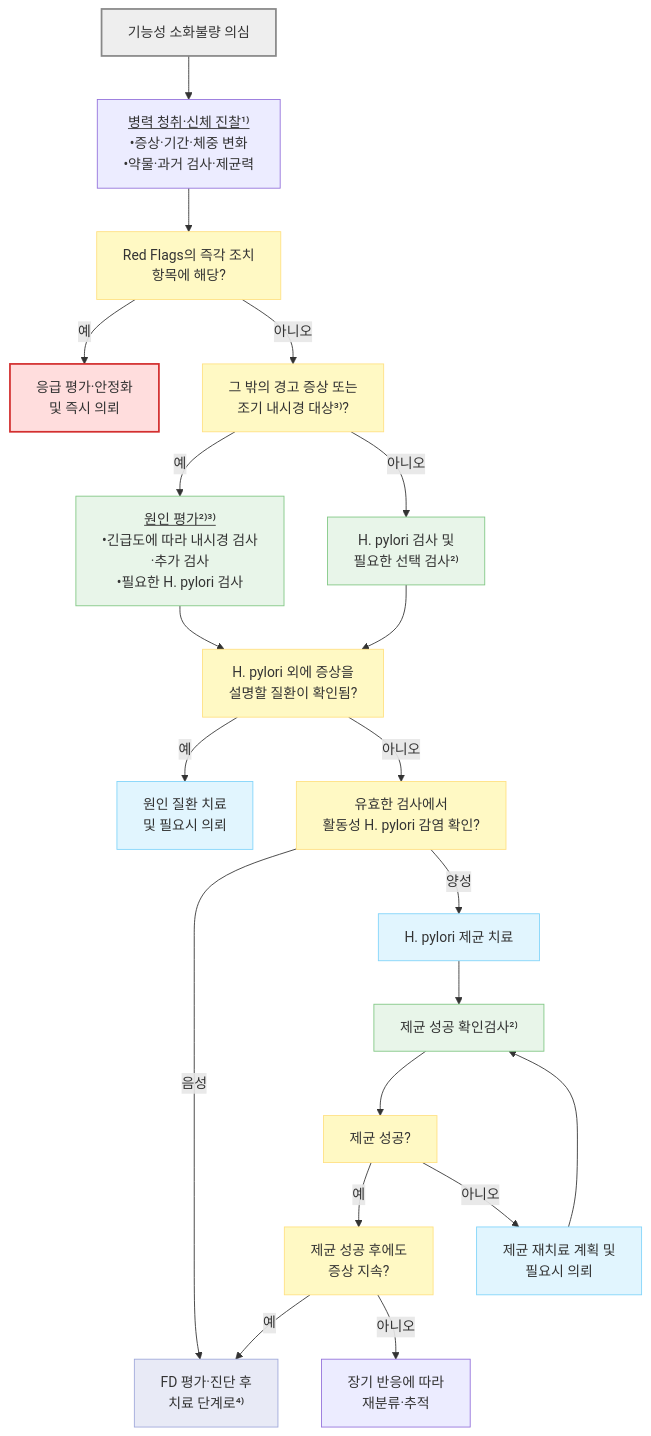
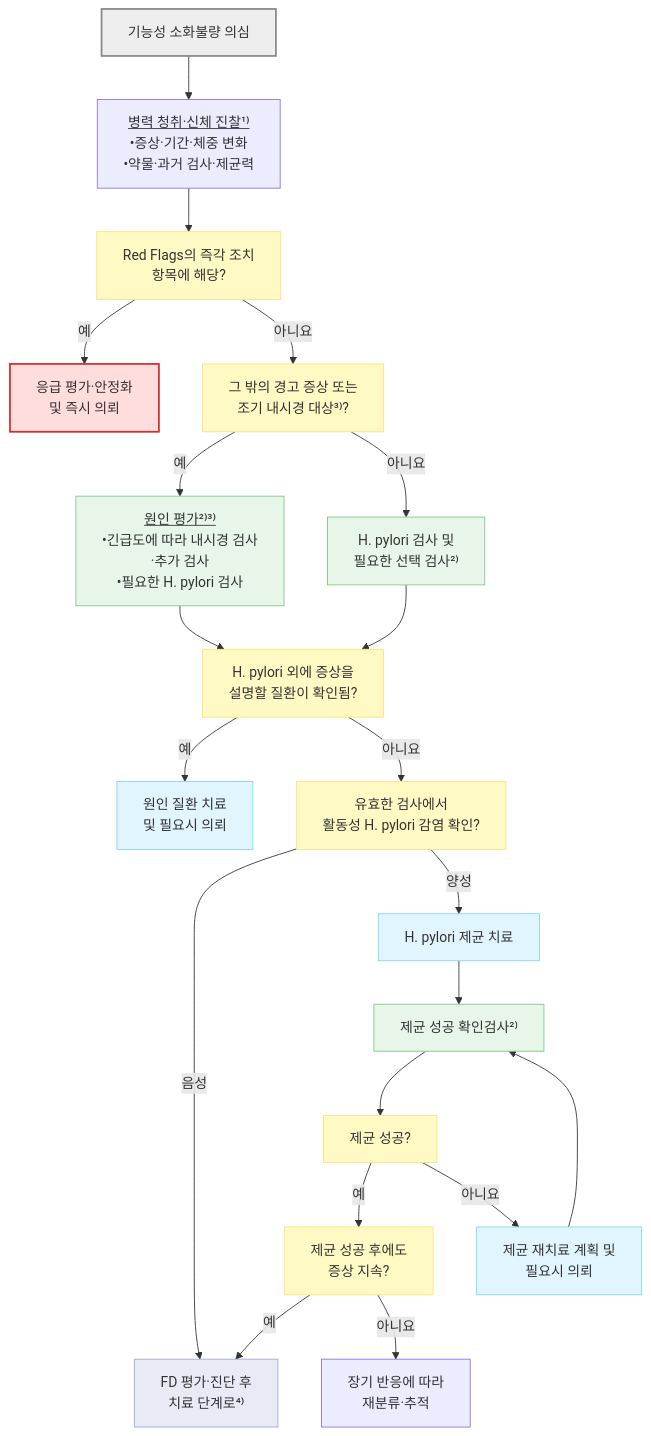
One commit to familyoh77/familyoh77 changed the diagram in 224_/076_-functional-dyspepsia.md. Above: the diagram before and after it, drawn with Mermaid. The commit also changed other lines of this file and 1 other file, not shown here.

````diff
--- a/224_/076_-functional-dyspepsia.md
+++ b/224_/076_-functional-dyspepsia.md
@@ -148,35 +146,35 @@
 ```mermaid
 flowchart TD
     Start["기능성 소화불량 의심"] --> History["<u>병력 청취·신체 진찰¹⁾</u><br/>•증상·기간·체중 변화<br/>•약물·과거 검사·제균력"]
     History --> Alarm["Red Flags의 즉각 조치<br/>항목에 해당?"]
     Alarm -- "예" --> Urgent["응급 평가·안정화<br/>및 즉시 의뢰"]
-    Alarm -- "아니오" --> Risk["그 밖의 경고 증상 또는<br/>조기 내시경 대상³⁾?"]
+    Alarm -- "아니요" --> Risk["그 밖의 경고 증상 또는<br/>조기 내시경 대상³⁾?"]
     Risk -- "예" --> AddTest["<u>원인 평가²⁾³⁾</u><br/>•긴급도에 따라 내시경 검사<br/>·추가 검사<br/>•필요한 H. pylori 검사"]
-    Risk -- "아니오" --> Labs["H. pylori 검사 및<br/>필요한 선택 검사²⁾"]
+    Risk -- "아니요" --> Labs["H. pylori 검사 및<br/>필요한 선택 검사²⁾"]
     AddTest --> Result["H. pylori 외에 증상을<br/>설명할 질환이 확인됨?"]
     Labs --> Result
     Result -- "예" --> Organic["원인 질환 치료<br/>및 필요시 의뢰"]
-    Result -- "아니오" --> HP["유효한 검사에서<br/>활동성 H. pylori 감염 확인?"]
+    Result -- "아니요" --> HP["유효한 검사에서<br/>활동성 H. pylori 감염 확인?"]
     HP -- "음성" --> FD_Next
     HP -- "양성" --> Erad["H. pylori 제균 치료"]
     Erad --> Confirm["제균 성공 확인검사²⁾"]
     Confirm --> Success["제균 성공?"]
     Success -- "예" --> Persist["제균 성공 후에도<br/>증상 지속?"]
-    Success -- "아니오" --> Retry["제균 재치료 계획 및 <br/>필요시 의뢰"]
+    Success -- "아니요" --> Retry["제균 재치료 계획 및 <br/>필요시 의뢰"]
     Retry --> Confirm
     Persist -- "예" --> FD_Next["FD 평가·진단 후<br/>치료 단계로⁴⁾"]
-    Persist -- "아니오" --> Follow["장기 반응에 따라<br/>재분류·추적"]
+    Persist -- "아니요" --> Follow["장기 반응에 따라<br/>재분류·추적"]
 
     style Start fill:#eeeeee,stroke:#888888,stroke-width:2px
     classDef question fill:#fff9c4,stroke:#ffe082
     classDef test fill:#e8f5e9,stroke:#81c784
     classDef treatment fill:#e1f5fe,stroke:#81d4fa
     classDef danger fill:#ffdddd,stroke:#d32f2f,stroke-width:2px
     classDef next fill:#e8eaf6,stroke:#9fa8da
     class Alarm,Risk,Result,HP,Success,Persist question
     class AddTest,Labs,Confirm test
     class Organic,Erad,Retry treatment
     class Urgent danger
     class FD_Next next
 
 ```
````
